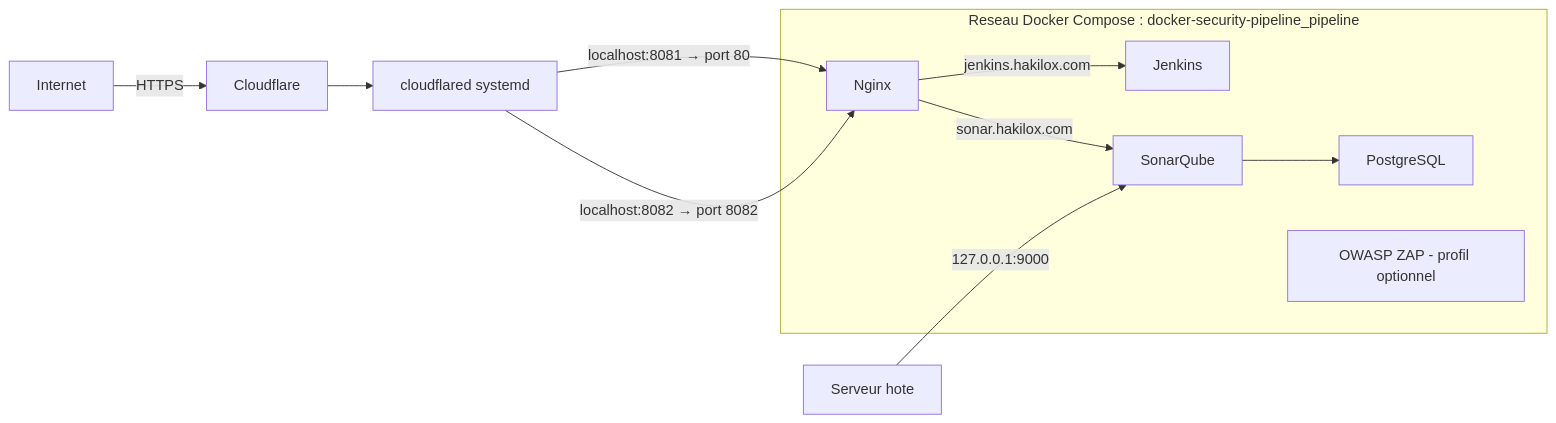
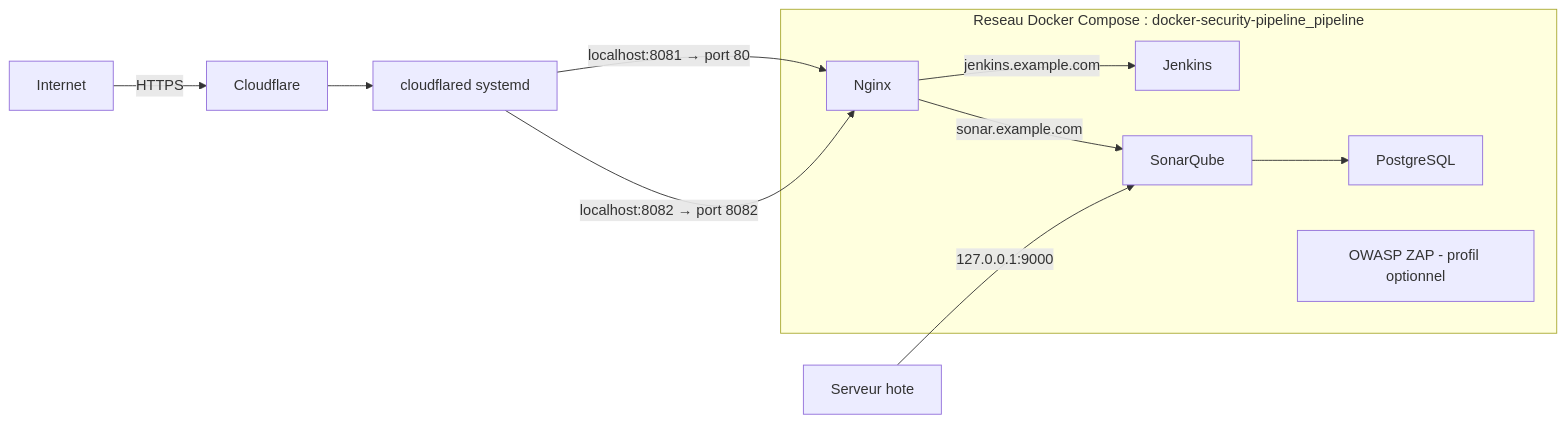
One commit to Drak-01/Docker-security-pipeline changed the diagram in docs/architecture.md. Above: the diagram before and after it, drawn with Mermaid. The commit also changed other lines of this file and 36 other files, not shown here.

````diff
--- a/docs/architecture.md
+++ b/docs/architecture.md
@@ -20,16 +20,16 @@
 ```mermaid
 flowchart LR
     Client[Internet] -->|HTTPS| Cloudflare
     Cloudflare --> Tunnel[cloudflared systemd]
 
     subgraph Docker[Reseau Docker Compose : docker-security-pipeline_pipeline]
-        Nginx -->|jenkins.hakilox.com| Jenkins
-        Nginx -->|sonar.hakilox.com| SonarQube
+        Nginx -->|jenkins.example.com| Jenkins
+        Nginx -->|sonar.example.com| SonarQube
         SonarQube --> PostgreSQL
         ZAP[OWASP ZAP - profil optionnel]
     end
 
     Tunnel -->|localhost:8081 → port 80| Nginx
     Tunnel -->|localhost:8082 → port 8082| Nginx
     Administrateur[Serveur hote] -->|127.0.0.1:9000| SonarQube
 ```
````
